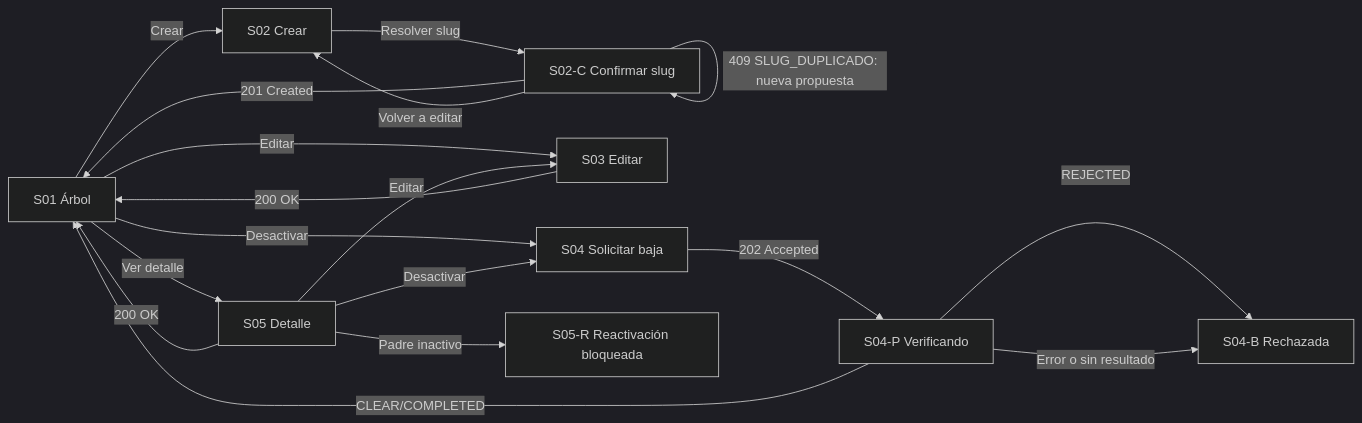
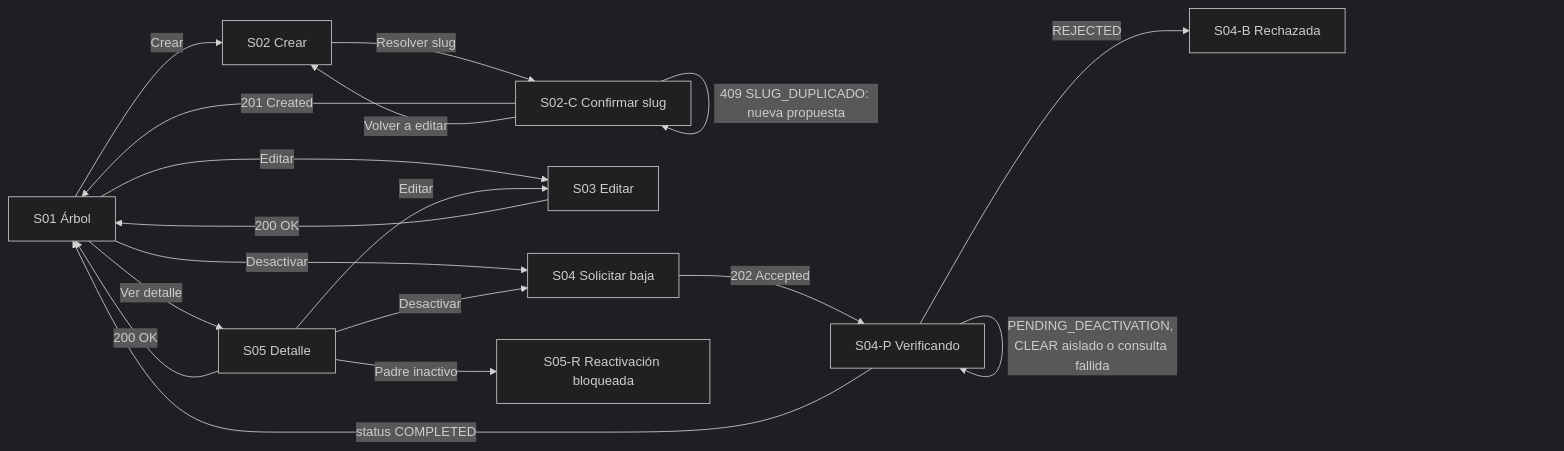
One commit to Taller-SW-Web/G6-Productos-Ofertas-docs changed the diagram in ux/mockups/MK-008/component-spec.md. Above: the diagram before and after it, drawn with Mermaid (dark theme). The commit also changed other lines of this file and 16 other files, not shown here.

````diff
--- a/ux/mockups/MK-008/component-spec.md
+++ b/ux/mockups/MK-008/component-spec.md
@@ -96,20 +98,20 @@
 ```mermaid
 flowchart LR
     S01["S01 Árbol"] -->|"Crear"| S02["S02 Crear"]
     S02 -->|"Resolver slug"| S02C["S02-C Confirmar slug"]
     S02C -->|"201 Created"| S01
     S02C -->|"409 SLUG_DUPLICADO: nueva propuesta"| S02C
     S02C -->|"Volver a editar"| S02
     S01 -->|"Editar"| S03["S03 Editar"]
     S03 -->|"200 OK"| S01
     S01 -->|"Desactivar"| S04["S04 Solicitar baja"]
     S04 -->|"202 Accepted"| S04P["S04-P Verificando"]
-    S04P -->|"CLEAR/COMPLETED"| S01
+    S04P -->|"status COMPLETED"| S01
     S04P -->|"REJECTED"| S04B["S04-B Rechazada"]
-    S04P -->|"Error o sin resultado"| S04B
+    S04P -->|"PENDING_DEACTIVATION, CLEAR aislado o consulta fallida"| S04P
     S01 -->|"Ver detalle"| S05["S05 Detalle"]
     S05 -->|"Editar"| S03
     S05 -->|"Desactivar"| S04
     S05 -->|"Padre inactivo"| S05R["S05-R Reactivación bloqueada"]
     S05 -->|"200 OK"| S01
 ```
````
